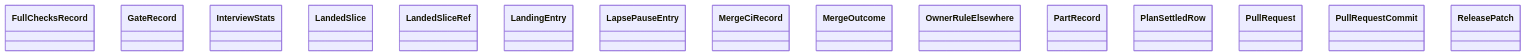
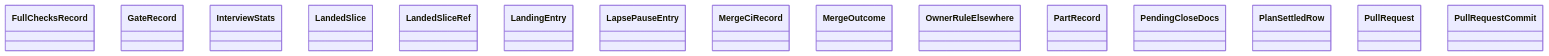
The diagram in docs/architecture/generated/classes-process-domain-state-4.md (GonzaloZevallos/agentic-system), drawn with Mermaid before and after one commit. The commit also changed 9 other files, not shown here.

Commit message:
Regenerate the architecture docs after merging GH-469

````diff
--- a/docs/architecture/generated/classes-process-domain-state-4.md
+++ b/docs/architecture/generated/classes-process-domain-state-4.md
@@ -21,18 +21,18 @@
 ```mermaid
 classDiagram
     class task__FullChecksRecord["FullChecksRecord"]
     class task__GateRecord["GateRecord"]
     class task__InterviewStats["InterviewStats"]
     class task__LandedSlice["LandedSlice"]
     class task__LandedSliceRef["LandedSliceRef"]
     class task__LandingEntry["LandingEntry"]
     class task__LapsePauseEntry["LapsePauseEntry"]
     class task__MergeCiRecord["MergeCiRecord"]
     class task__MergeOutcome["MergeOutcome"]
     class task__OwnerRuleElsewhere["OwnerRuleElsewhere"]
     class task__PartRecord["PartRecord"]
+    class task__PendingCloseDocs["PendingCloseDocs"]
     class task__PlanSettledRow["PlanSettledRow"]
     class task__PullRequest["PullRequest"]
     class task__PullRequestCommit["PullRequestCommit"]
-    class task__ReleasePatch["ReleasePatch"]
 ```
````
